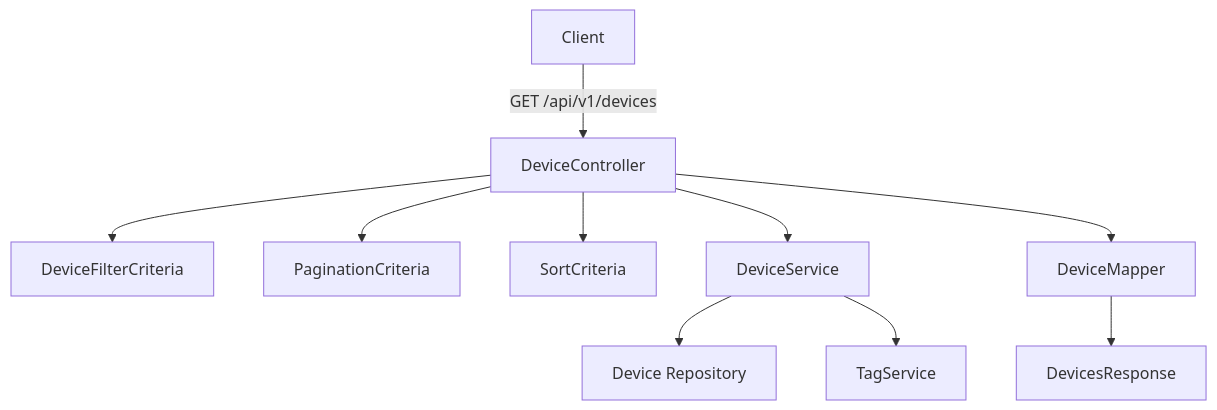
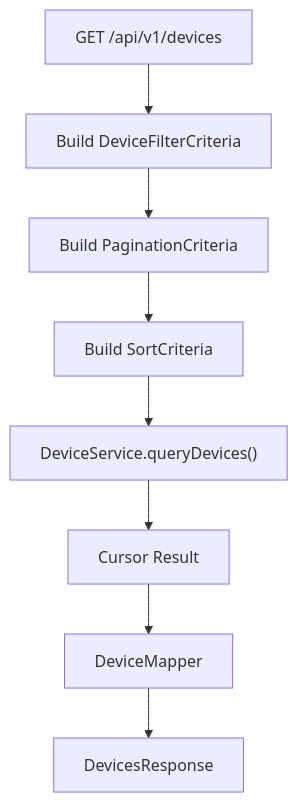
Before and after one commit to Praesto-Pro/openframe-oss-tenant: the second of 7 diagrams in docs/architecture/external-api-service-core/external-api-service-core.md, drawn with Mermaid. The commit also changed other lines of this file and 149 other files, not shown here.

````diff
--- a/docs/architecture/external-api-service-core/external-api-service-core.md
+++ b/docs/architecture/external-api-service-core/external-api-service-core.md
@@ -146,14 +144,10 @@
 ```mermaid
 flowchart TD
-    Client -->|"GET /api/v1/devices"| DeviceController
-    DeviceController --> FilterCriteria["DeviceFilterCriteria"]
-    DeviceController --> Pagination["PaginationCriteria"]
-    DeviceController --> SortCriteria
-
-    DeviceController --> DeviceService
-    DeviceService --> MongoRepo["Device Repository"]
-    DeviceService --> TagService
-
-    DeviceController --> DeviceMapper
-    DeviceMapper --> DevicesResponse
+    Request["GET /api/v1/devices"] --> BuildFilter["Build DeviceFilterCriteria"]
+    BuildFilter --> BuildPagination["Build PaginationCriteria"]
+    BuildPagination --> BuildSort["Build SortCriteria"]
+    BuildSort --> Service["DeviceService.queryDevices()"]
+    Service --> Result["Cursor Result"]
+    Result --> Mapper["DeviceMapper"]
+    Mapper --> Response["DevicesResponse"]
 ```
````
